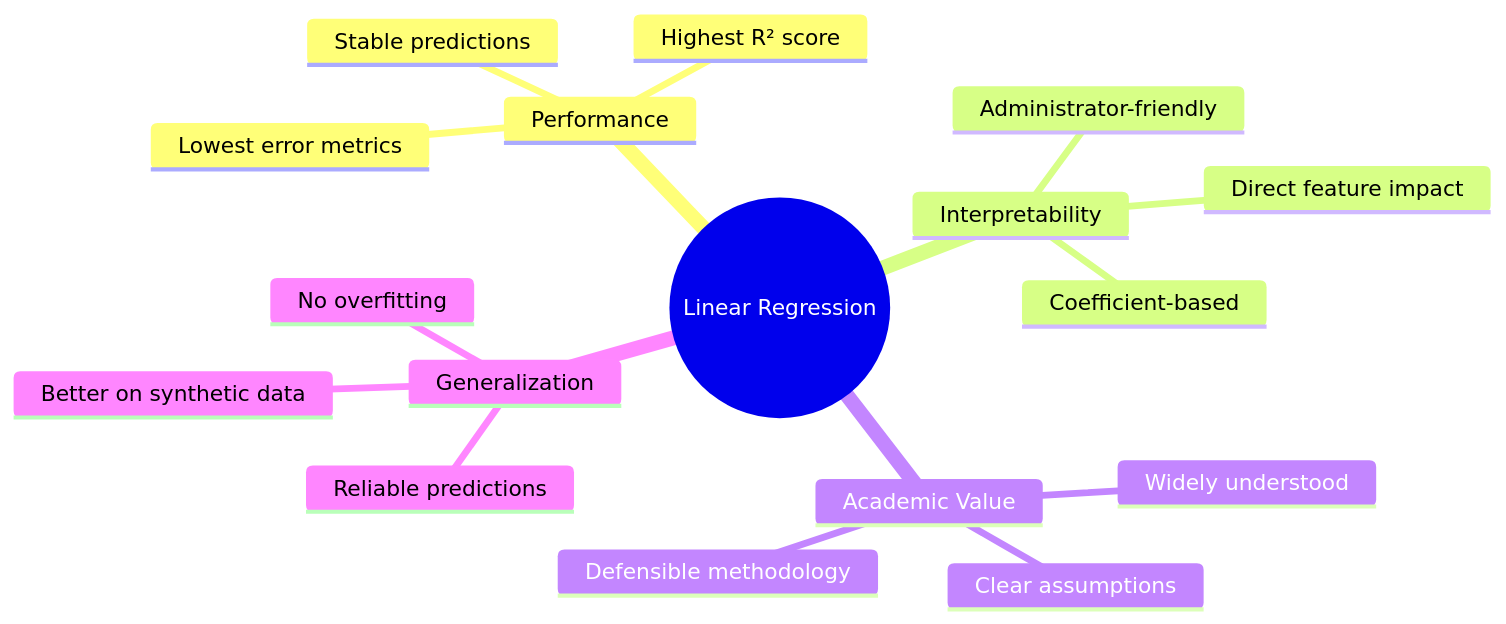
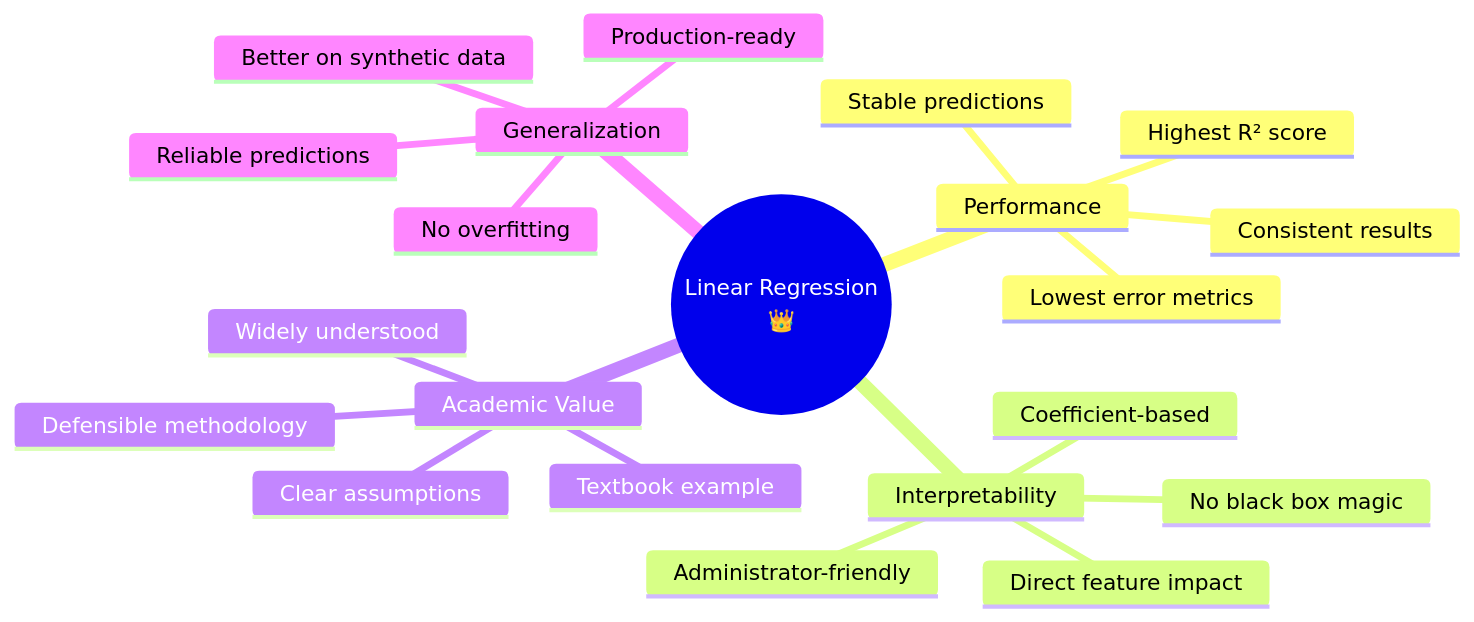
The tenth of 15 diagrams in README.md (vengeance0112/Campus-Intel---Hackathon-3), drawn with Mermaid before and after one commit. The commit also changed other lines of this file, not shown here.

````diff
--- a/README.md
+++ b/README.md
@@ -519,20 +538,24 @@
 ```mermaid
 mindmap
-  root((Linear Regression))
+  root(("Linear Regression<br/>👑"))
     Performance
       Highest R² score
       Lowest error metrics
       Stable predictions
+      Consistent results
     Interpretability
       Coefficient-based
       Direct feature impact
       Administrator-friendly
+      No black box magic
     Academic Value
       Widely understood
       Defensible methodology
       Clear assumptions
+      Textbook example
     Generalization
       Better on synthetic data
       No overfitting
       Reliable predictions
+      Production-ready
 ```
````
